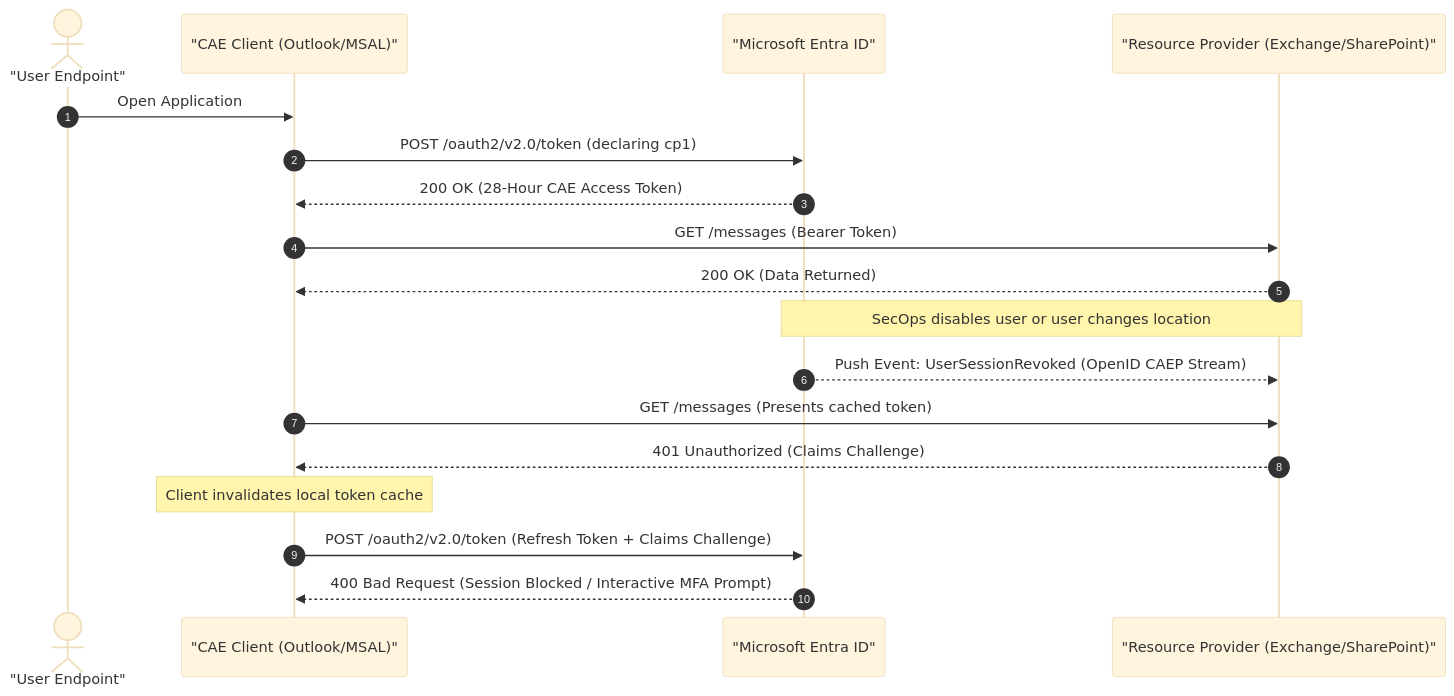
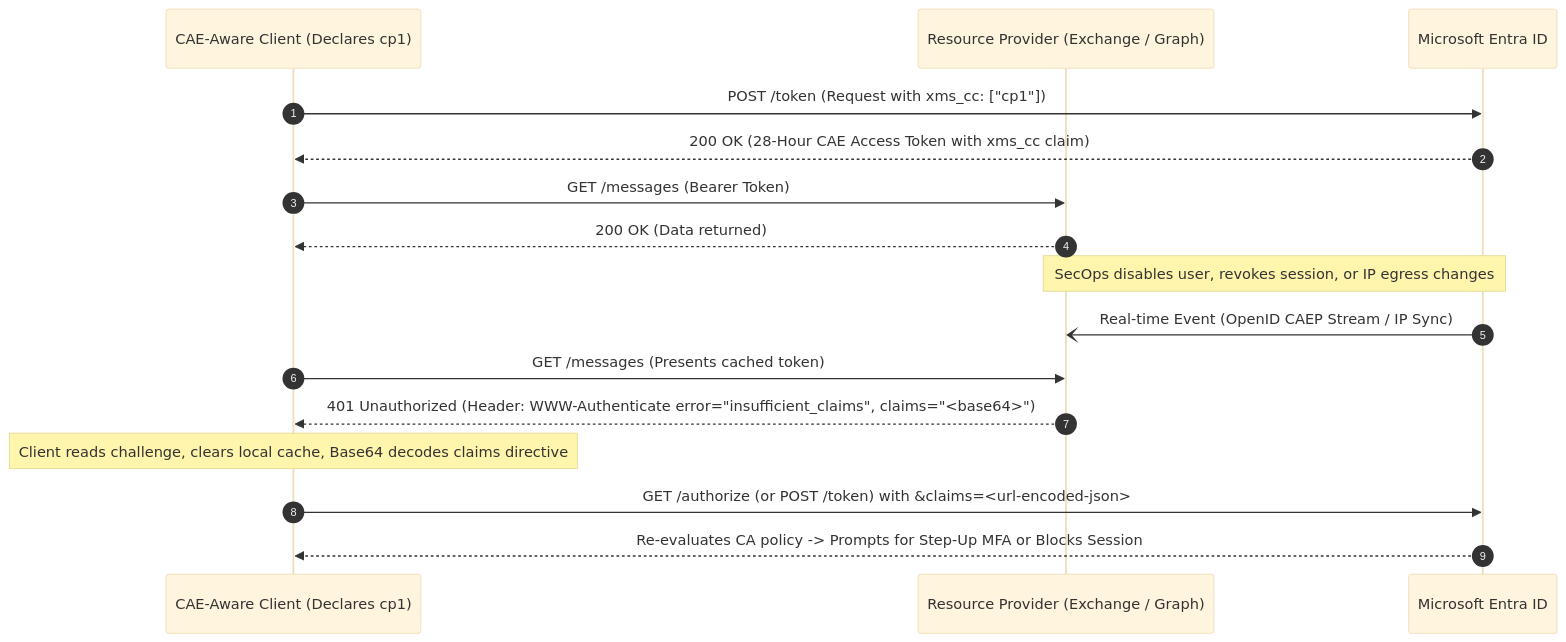
Before and after one commit to CloudByPascal/cloudbypascal.github.io: the third of 4 diagrams in content/posts/demystifying-continuous-access-evaluation.md, drawn with Mermaid (base theme). The commit also changed other lines of this file, not shown here.

Commit message:
feat: add article demystifying Microsoft Entra Continuous Access Evaluation and claims challenges

````diff
--- a/content/posts/demystifying-continuous-access-evaluation.md
+++ b/content/posts/demystifying-continuous-access-evaluation.md
@@ -53,24 +142,22 @@
 ```mermaid
 sequenceDiagram
     autonumber
-    actor User as "User Endpoint"
-    participant Client as "CAE Client (Outlook/MSAL)"
-    participant Entra as "Microsoft Entra ID"
-    participant RP as "Resource Provider (Exchange/SharePoint)"
+    participant Client as CAE-Aware Client (Declares cp1)
+    participant RP as Resource Provider (Exchange / Graph)
+    participant Entra as Microsoft Entra ID
+    
+    Client->>Entra: POST /token (Request with xms_cc: ["cp1"])
+    Entra-->>Client: 200 OK (28-Hour CAE Access Token with xms_cc claim)
+    Client->>RP: GET /messages (Bearer Token)
+    RP-->>Client: 200 OK (Data returned)
 
-    User->>Client: Open Application
-    Client->>Entra: POST /oauth2/v2.0/token (declaring cp1)
-    Entra-->>Client: 200 OK (28-Hour CAE Access Token)
-    Client->>RP: GET /messages (Bearer Token)
-    RP-->>Client: 200 OK (Data Returned)
-
-    Note over Entra, RP: SecOps disables user or user changes location
-    Entra-->>RP: Push Event: UserSessionRevoked (OpenID CAEP Stream)
+    Note over Entra, RP: SecOps disables user, revokes session, or IP egress changes
+    Entra-)RP: Real-time Event (OpenID CAEP Stream / IP Sync)
 
     Client->>RP: GET /messages (Presents cached token)
-    RP-->>Client: 401 Unauthorized (Claims Challenge)
-
-    Note over Client: Client invalidates local token cache
-    Client->>Entra: POST /oauth2/v2.0/token (Refresh Token + Claims Challenge)
-    Entra-->>Client: 400 Bad Request (Session Blocked / Interactive MFA Prompt)
+    RP-->>Client: 401 Unauthorized (Header: WWW-Authenticate error="insufficient_claims", claims="<base64>")
+    
+    Note over Client: Client reads challenge, clears local cache, Base64 decodes claims directive
+    Client->>Entra: GET /authorize (or POST /token) with &claims=<url-encoded-json>
+    Entra-->>Client: Re-evaluates CA policy -> Prompts for Step-Up MFA or Blocks Session
 ```
````
